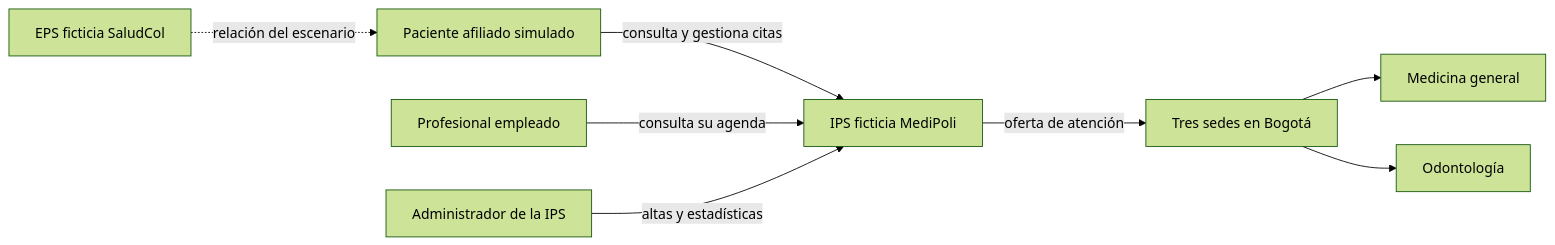
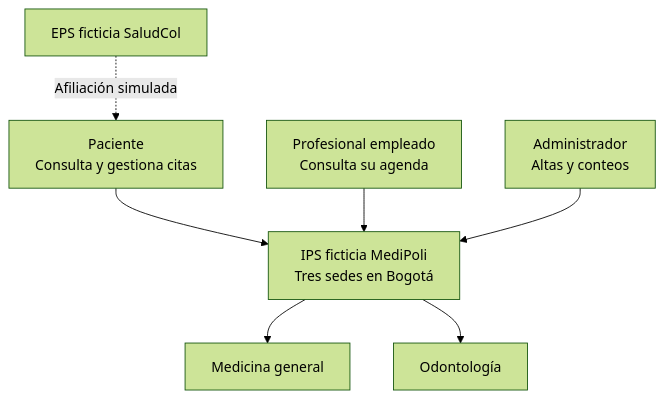
One commit to aisergio/MediPoli changed the diagram in diagramas/u2/01-contexto.mmd. Above: the diagram before and after it, drawn with Mermaid (forest theme). The commit also changed 64 other files, not shown here.

Commit message:
Implement MediPoli agenda and delivery workflows

```diff
--- a/diagramas/u2/01-contexto.mmd
+++ b/diagramas/u2/01-contexto.mmd
@@ -1,8 +1,9 @@
-flowchart LR
-  P["Paciente afiliado simulado"] -->|"consulta y gestiona citas"| M["IPS ficticia MediPoli"]
-  F["Profesional empleado"] -->|"consulta su agenda"| M
-  A["Administrador de la IPS"] -->|"altas y estadísticas"| M
-  M -->|"oferta de atención"| S["Tres sedes en Bogotá"]
-  S --> G["Medicina general"]
-  S --> O["Odontología"]
-  EPS["EPS ficticia SaludCol"] -.->|"relación del escenario"| P
+flowchart TB
+  P["Paciente<br/>Consulta y gestiona citas"]
+  F["Profesional empleado<br/>Consulta su agenda"]
+  A["Administrador<br/>Altas y conteos"]
+  M["IPS ficticia MediPoli<br/>Tres sedes en Bogotá"]
+  EPS["EPS ficticia SaludCol"] -.->|"Afiliación simulada"| P
+  P & F & A --> M
+  M --> G["Medicina general"]
+  M --> O["Odontología"]
```
